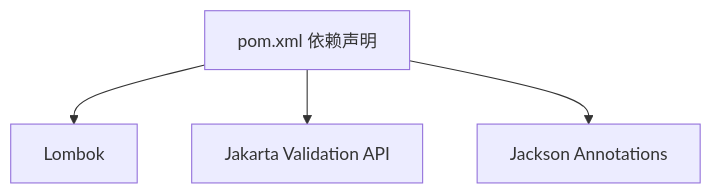
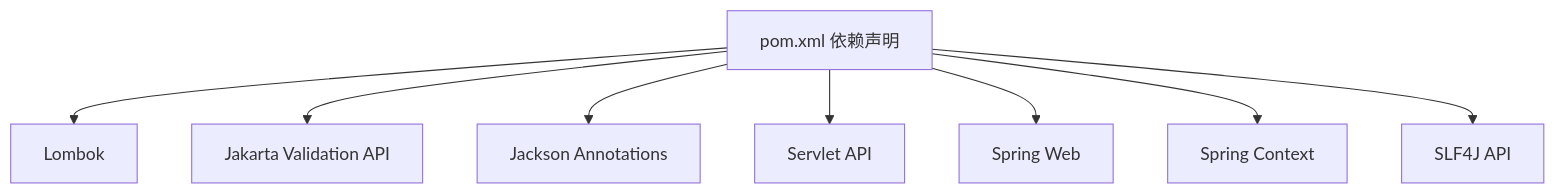
Diagram 13 of 13 in .qoder/repowiki/zh/content/核心模块/通用模块 (iam-common).md (fq0121104930716/iam-platform), drawn with Mermaid before and after one commit. The commit also changed other lines of this file and 13 other files, not shown here.

````diff
--- a/.qoder/repowiki/zh/content/核心模块/通用模块 (iam-common).md
+++ b/.qoder/repowiki/zh/content/核心模块/通用模块 (iam-common).md
@@ -340,10 +529,18 @@
 ```mermaid
 graph TB
 POM["pom.xml 依赖声明"]
 LOMBOK["Lombok"]
 VALID["Jakarta Validation API"]
 JACKSON["Jackson Annotations"]
+SERVLET["Servlet API"]
+SPRING_WEB["Spring Web"]
+SPRING_CONTEXT["Spring Context"]
+SLF4J["SLF4J API"]
 POM --> LOMBOK
 POM --> VALID
 POM --> JACKSON
+POM --> SERVLET
+POM --> SPRING_WEB
+POM --> SPRING_CONTEXT
+POM --> SLF4J
 ```
````
